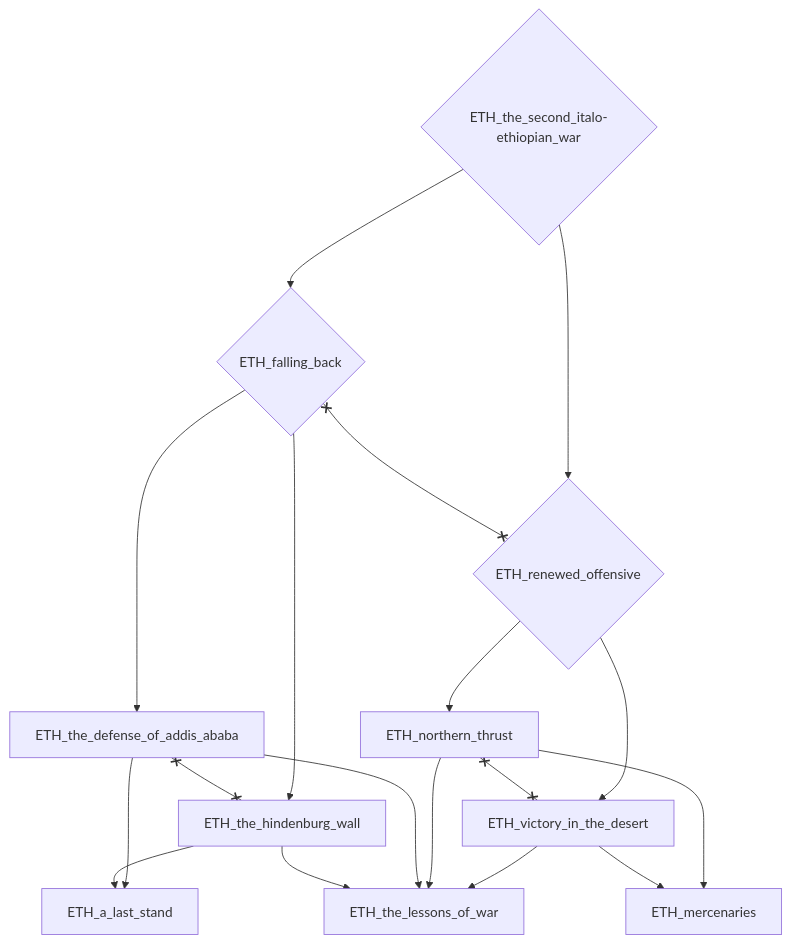
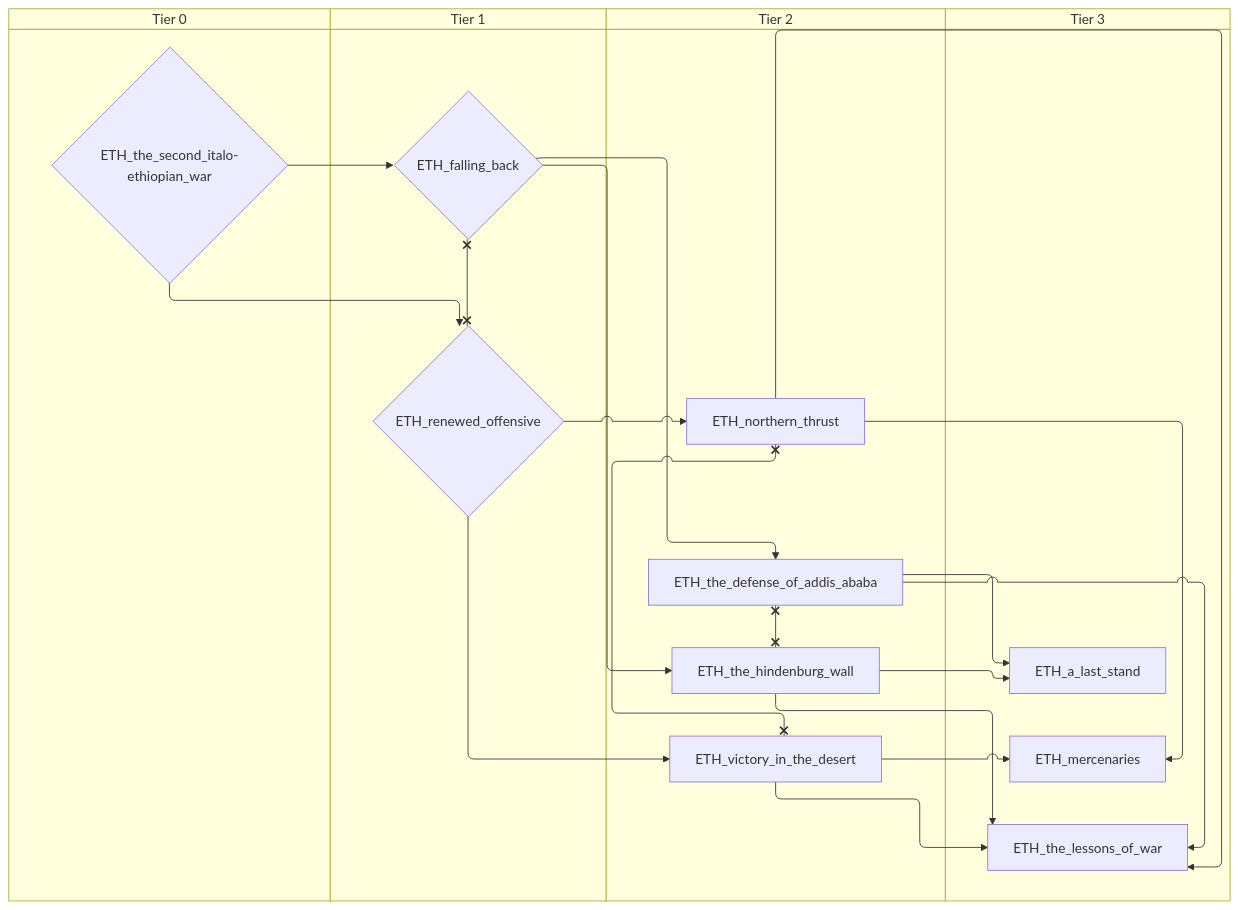
One commit to evgeny-sobol/hoi4-sandbox-mode changed the sixth of 6 diagrams in docs/gdd/National Focuses/ethiopia.md. Above: the diagram before and after it, drawn with Mermaid. The commit also changed other lines of this file and 80 other files, not shown here.

First line of the commit message:
Add swimlane mode to focus graph exporter

````diff
--- a/docs/gdd/National Focuses/ethiopia.md
+++ b/docs/gdd/National Focuses/ethiopia.md
@@ -526,30 +628,38 @@
 ```mermaid
-flowchart TD
-    n195["ETH_a_last_stand"]
-    n196{"ETH_falling_back"}
-    n197["ETH_mercenaries"]
-    n198["ETH_northern_thrust"]
-    n199{"ETH_renewed_offensive"}
-    n200["ETH_the_defense_of_addis_ababa"]
-    n201["ETH_the_hindenburg_wall"]
-    n202["ETH_the_lessons_of_war"]
-    n203{"ETH_the_second_italo-ethiopian_war"}
-    n204["ETH_victory_in_the_desert"]
-    n200 --> n195
-    n201 --> n195
-    n203 --> n196
-    n198 --> n197
-    n204 --> n197
-    n199 --> n198
-    n203 --> n199
+swimlane-beta TD
+    subgraph tier_0["Tier 0"]
+        n195{"ETH_the_second_italo-ethiopian_war"}
+    end
+    subgraph tier_1["Tier 1"]
+        n196{"ETH_falling_back"}
+        n197{"ETH_renewed_offensive"}
+    end
+    subgraph tier_2["Tier 2"]
+        n198["ETH_northern_thrust"]
+        n199["ETH_the_defense_of_addis_ababa"]
+        n200["ETH_the_hindenburg_wall"]
+        n201["ETH_victory_in_the_desert"]
+    end
+    subgraph tier_3["Tier 3"]
+        n202["ETH_a_last_stand"]
+        n203["ETH_mercenaries"]
+        n204["ETH_the_lessons_of_war"]
+    end
+    n199 --> n202
+    n200 --> n202
+    n195 --> n196
+    n198 --> n203
+    n201 --> n203
+    n197 --> n198
+    n195 --> n197
+    n196 --> n199
     n196 --> n200
-    n196 --> n201
-    n204 --> n202
-    n198 --> n202
-    n200 --> n202
-    n201 --> n202
+    n201 --> n204
+    n198 --> n204
     n199 --> n204
-    n196 x--x n199
-    n198 x--x n204
-    n200 x--x n201
+    n200 --> n204
+    n197 --> n201
+    n196 x--x n197
+    n198 x--x n201
+    n199 x--x n200
 ```
````
